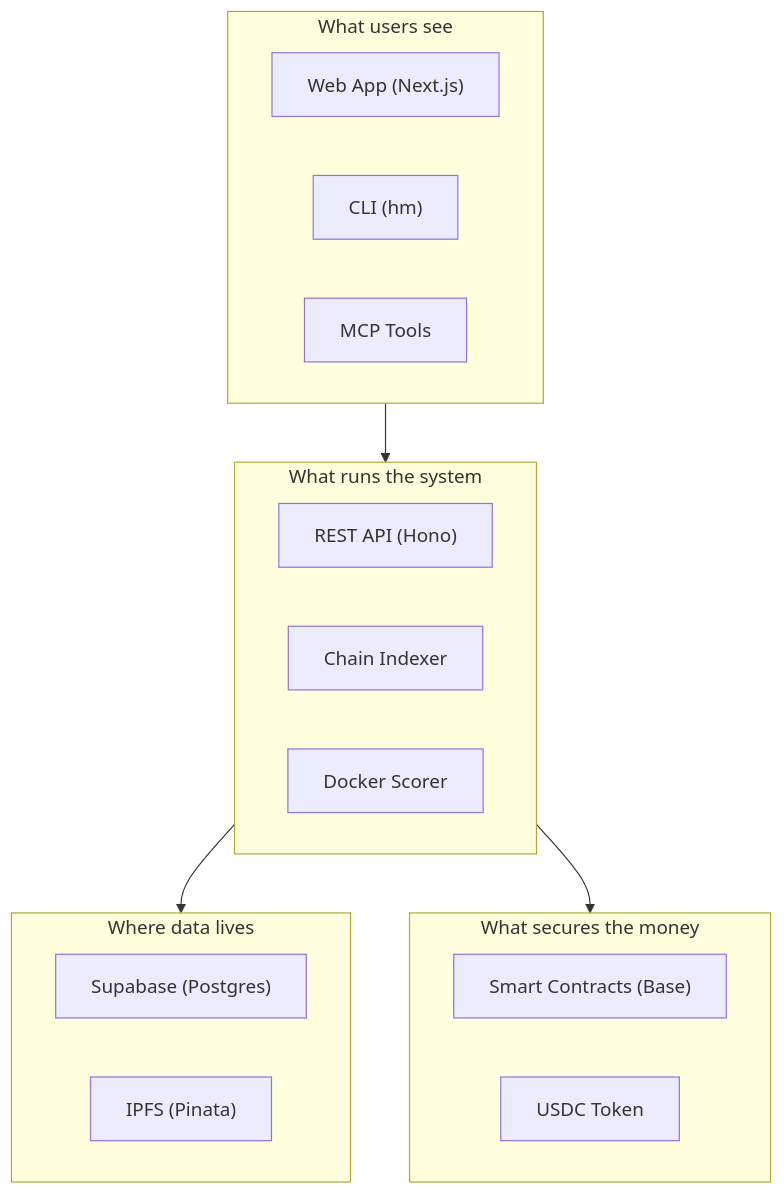
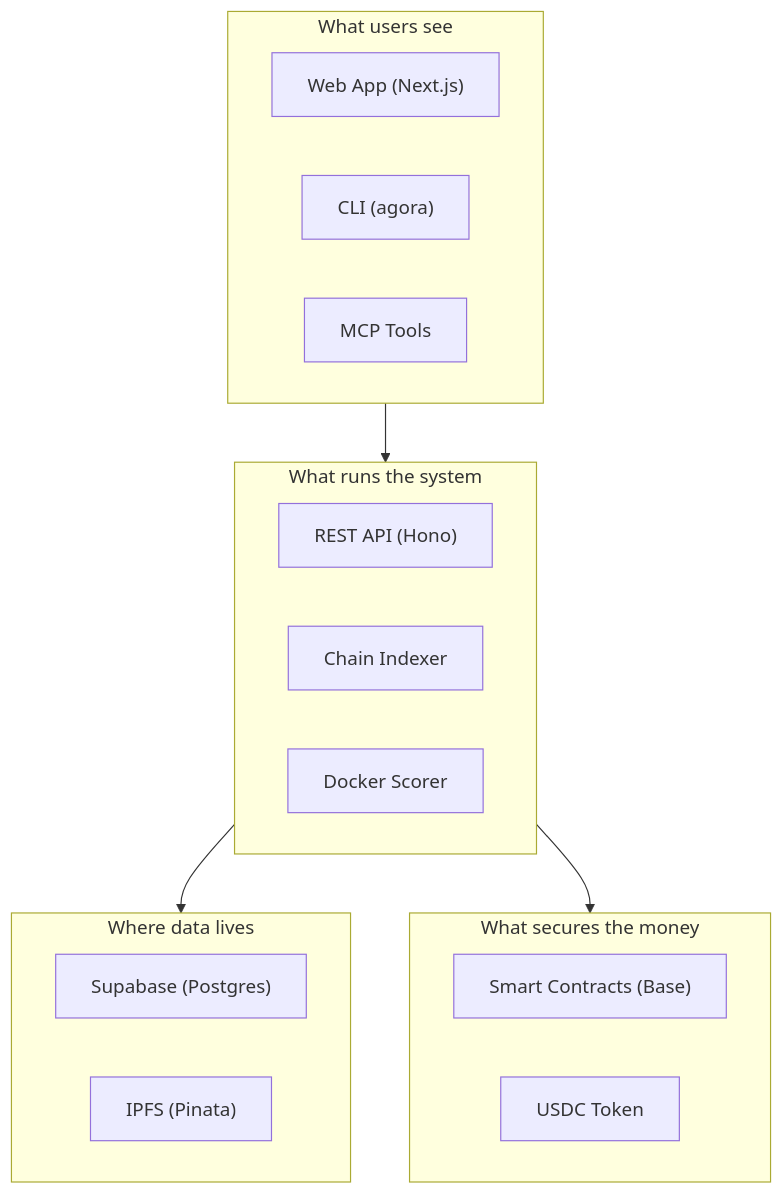
Before and after one commit to andymolecule/Agora: diagram 11 of 11 in docs/product.md, drawn with Mermaid. The commit also changed other lines of this file and 205 other files, not shown here.

````diff
--- a/docs/product.md
+++ b/docs/product.md
@@ -226,28 +226,28 @@
 ```mermaid
 flowchart TB
     subgraph Frontend["What users see"]
         UI["Web App (Next.js)"]
-        CLIApp["CLI (hm)"]
+        CLIApp["CLI (agora)"]
         MCPApp["MCP Tools"]
     end
 
     subgraph Backend["What runs the system"]
         APIApp["REST API (Hono)"]
         IdxApp["Chain Indexer"]
         ScorerApp["Docker Scorer"]
     end
 
     subgraph Storage["Where data lives"]
         DBApp["Supabase (Postgres)"]
         IPFSApp["IPFS (Pinata)"]
     end
 
     subgraph Blockchain["What secures the money"]
         Contracts["Smart Contracts (Base)"]
         USDCApp["USDC Token"]
     end
 
     Frontend --> Backend
     Backend --> Storage
     Backend --> Blockchain
 ```
````
